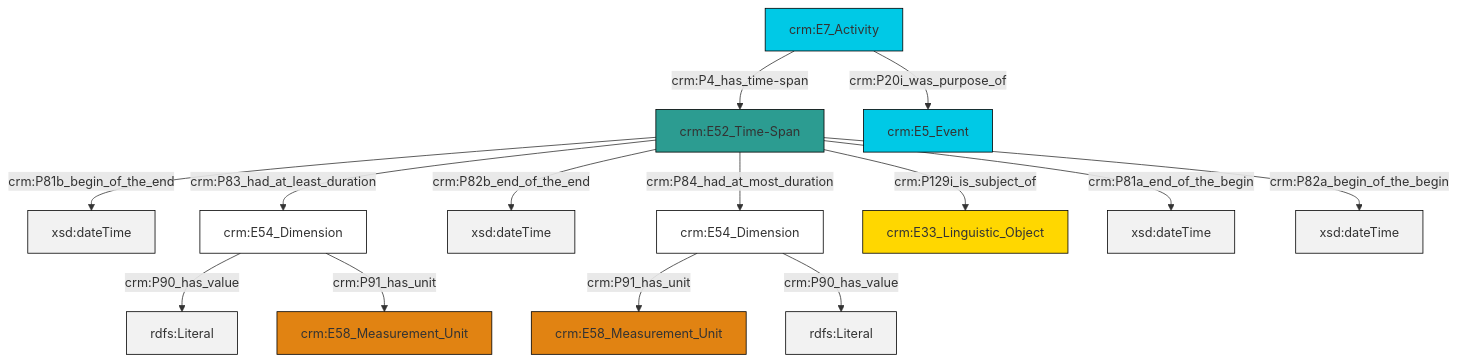
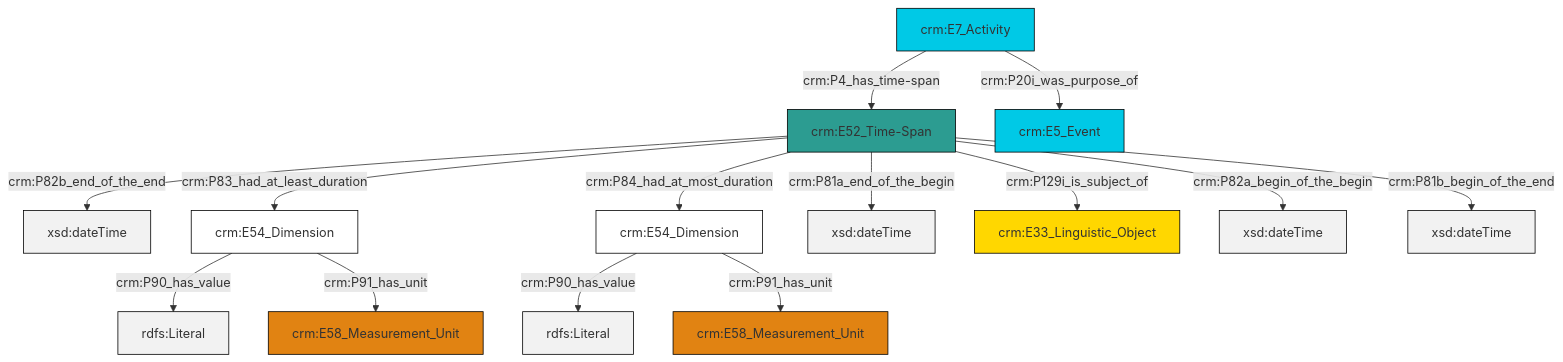
The diagram in et/eventCSV/ttl/mmd/event_existence.ttl.mmd (swiss-art-research-net/docs.swissartresearch), drawn with Mermaid before and after one commit. The commit also changed 177 other files, not shown here.

```diff
--- a/et/eventCSV/ttl/mmd/event_existence.ttl.mmd
+++ b/et/eventCSV/ttl/mmd/event_existence.ttl.mmd
@@ -1,28 +1,28 @@
 graph TD
 classDef Literal fill:#f2f2f2,stroke:#000000;
 classDef CRM_Entity fill:#FFFFFF,stroke:#000000;
 classDef Temporal_Entity fill:#00C9E6, stroke:#000000;
 classDef Type fill:#E18312, stroke:#000000;
 classDef Time-Span fill:#2C9C91, stroke:#000000;
 classDef Appellation fill:#FFEB7F, stroke:#000000;
 classDef Place fill:#008836, stroke:#000000;
 classDef Persistent_Item fill:#B266B2, stroke:#000000;
 classDef Conceptual_Object fill:#FFD700, stroke:#000000;
 classDef Physical_Thing fill:#D2B48C, stroke:#000000;
 classDef Actor fill:#f58aad, stroke:#000000;
 classDef PC_Classes fill:#4ce600, stroke:#000000;
 classDef Multi fill:#cccccc,stroke:#000000;
 
-0["crm:E52_Time-Span"]:::Time-Span -->|crm:P81b_begin_of_the_end| 1[xsd:dateTime]:::Literal
-2["crm:E54_Dimension"]:::CRM_Entity -->|crm:P91_has_unit| 3["crm:E58_Measurement_Unit"]:::Type
-0["crm:E52_Time-Span"]:::Time-Span -->|crm:P82b_end_of_the_end| 4[xsd:dateTime]:::Literal
-0["crm:E52_Time-Span"]:::Time-Span -->|crm:P83_had_at_least_duration| 7["crm:E54_Dimension"]:::CRM_Entity
-0["crm:E52_Time-Span"]:::Time-Span -->|crm:P129i_is_subject_of| 8["crm:E33_Linguistic_Object"]:::Conceptual_Object
-5["crm:E7_Activity"]:::Temporal_Entity -->|crm:P4_has_time-span| 0["crm:E52_Time-Span"]:::Time-Span
-2["crm:E54_Dimension"]:::CRM_Entity -->|crm:P90_has_value| 11[rdfs:Literal]:::Literal
-5["crm:E7_Activity"]:::Temporal_Entity -->|crm:P20i_was_purpose_of| 12["crm:E5_Event"]:::Temporal_Entity
-7["crm:E54_Dimension"]:::CRM_Entity -->|crm:P90_has_value| 13[rdfs:Literal]:::Literal
-0["crm:E52_Time-Span"]:::Time-Span -->|crm:P81a_end_of_the_begin| 18[xsd:dateTime]:::Literal
-0["crm:E52_Time-Span"]:::Time-Span -->|crm:P82a_begin_of_the_begin| 20[xsd:dateTime]:::Literal
-0["crm:E52_Time-Span"]:::Time-Span -->|crm:P84_had_at_most_duration| 2["crm:E54_Dimension"]:::CRM_Entity
-7["crm:E54_Dimension"]:::CRM_Entity -->|crm:P91_has_unit| 16["crm:E58_Measurement_Unit"]:::Type
+2["crm:E52_Time-Span"]:::Time-Span -->|crm:P82b_end_of_the_end| 3[xsd:dateTime]:::Literal
+4["crm:E54_Dimension"]:::CRM_Entity -->|crm:P90_has_value| 5[rdfs:Literal]:::Literal
+2["crm:E52_Time-Span"]:::Time-Span -->|crm:P83_had_at_least_duration| 6["crm:E54_Dimension"]:::CRM_Entity
+2["crm:E52_Time-Span"]:::Time-Span -->|crm:P81a_end_of_the_begin| 8[xsd:dateTime]:::Literal
+11["crm:E7_Activity"]:::Temporal_Entity -->|crm:P4_has_time-span| 2["crm:E52_Time-Span"]:::Time-Span
+11["crm:E7_Activity"]:::Temporal_Entity -->|crm:P20i_was_purpose_of| 13["crm:E5_Event"]:::Temporal_Entity
+2["crm:E52_Time-Span"]:::Time-Span -->|crm:P84_had_at_most_duration| 4["crm:E54_Dimension"]:::CRM_Entity
+2["crm:E52_Time-Span"]:::Time-Span -->|crm:P82a_begin_of_the_begin| 14[xsd:dateTime]:::Literal
+4["crm:E54_Dimension"]:::CRM_Entity -->|crm:P91_has_unit| 15["crm:E58_Measurement_Unit"]:::Type
+2["crm:E52_Time-Span"]:::Time-Span -->|crm:P129i_is_subject_of| 9["crm:E33_Linguistic_Object"]:::Conceptual_Object
+6["crm:E54_Dimension"]:::CRM_Entity -->|crm:P90_has_value| 19[rdfs:Literal]:::Literal
+6["crm:E54_Dimension"]:::CRM_Entity -->|crm:P91_has_unit| 0["crm:E58_Measurement_Unit"]:::Type
+2["crm:E52_Time-Span"]:::Time-Span -->|crm:P81b_begin_of_the_end| 21[xsd:dateTime]:::Literal
```
